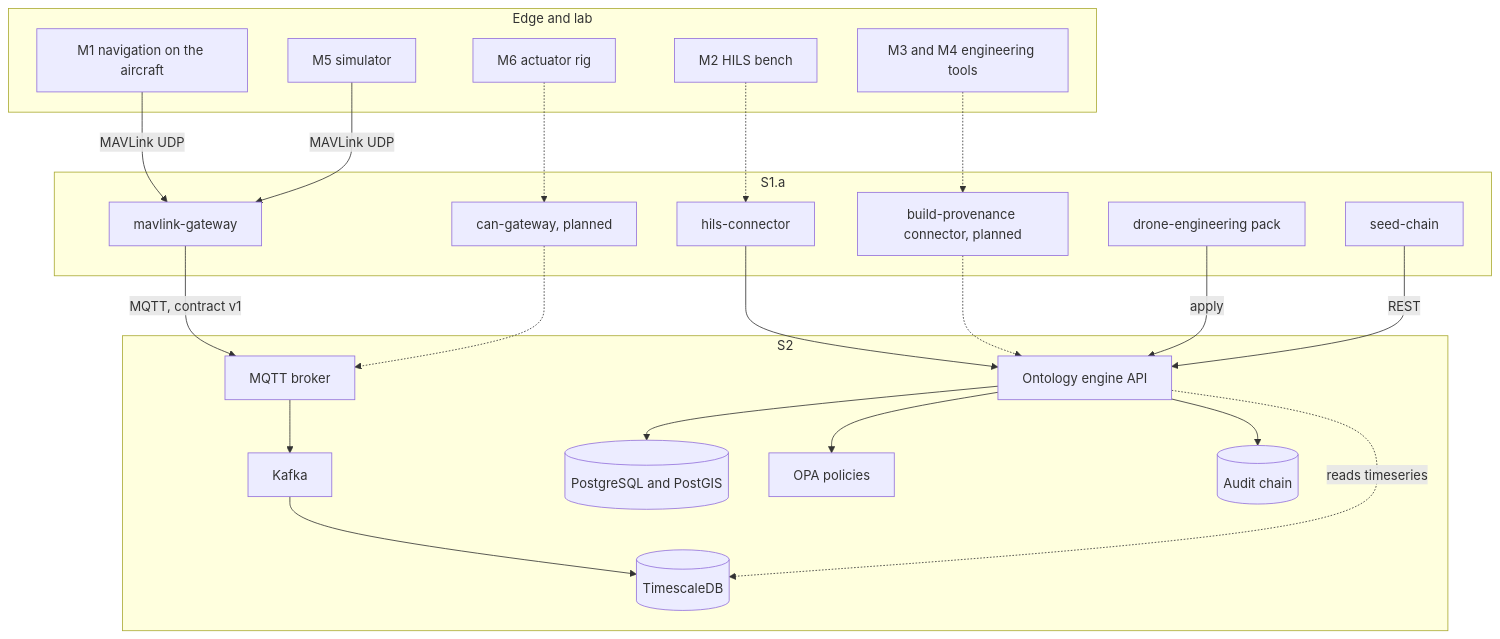
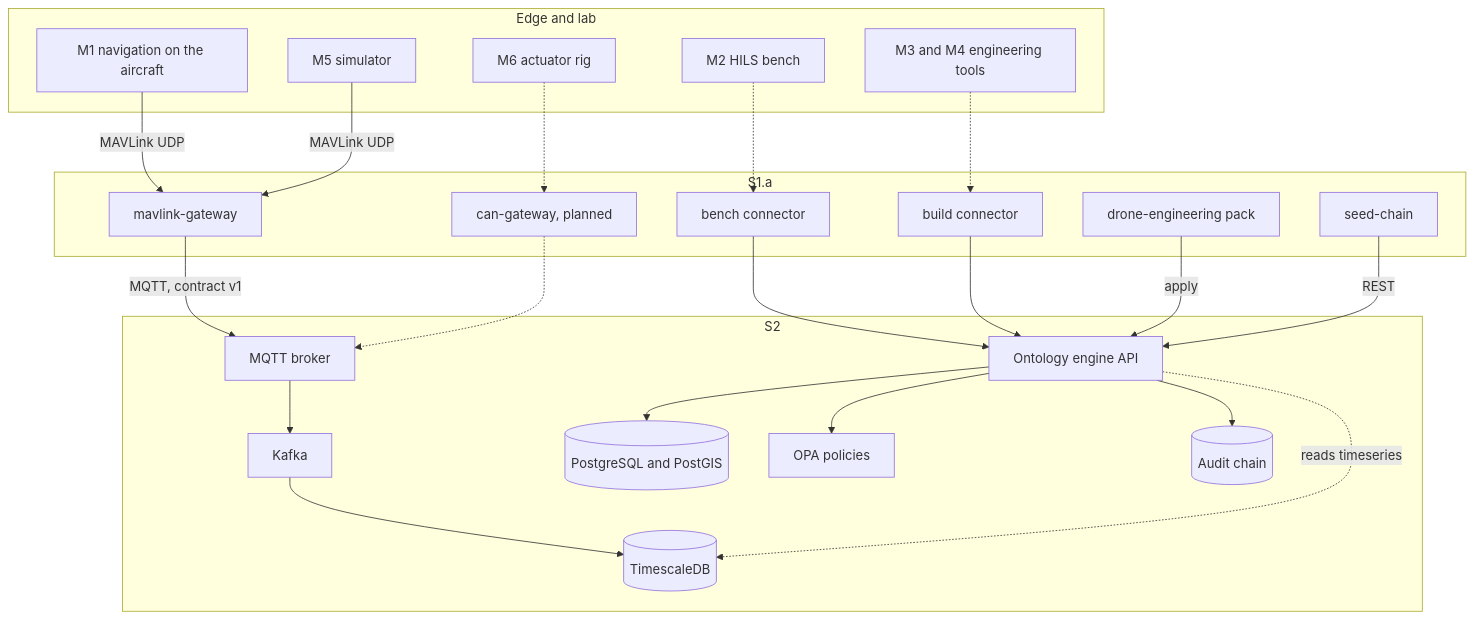
Before and after one commit to veerendra-saraswathi/S1.a: the first of 3 diagrams in docs/architecture.md, drawn with Mermaid. The commit also changed other lines of this file and 31 other files, not shown here.

````diff
--- a/docs/architecture.md
+++ b/docs/architecture.md
@@ -22,39 +22,39 @@
 ```mermaid
 flowchart TB
     subgraph Edge["Edge and lab"]
         M1[M1 navigation on the aircraft]
         M2[M2 HILS bench]
         M6[M6 actuator rig]
         M5[M5 simulator]
         M34[M3 and M4 engineering tools]
     end
     subgraph S1a["S1.a"]
         GW[mavlink-gateway]
-        HC[hils-connector]
+        HC[bench connector]
         CC[can-gateway, planned]
-        BC[build-provenance connector, planned]
+        BC[build connector]
         PACK[drone-engineering pack]
         SEED[seed-chain]
     end
     subgraph S2["S2"]
         MQ[MQTT broker]
         K[Kafka]
         TSDB[(TimescaleDB)]
         ENG[Ontology engine API]
         PG[(PostgreSQL and PostGIS)]
         OPA[OPA policies]
         AUD[(Audit chain)]
     end
     M1 -- MAVLink UDP --> GW
     M5 -- MAVLink UDP --> GW
     GW -- MQTT, contract v1 --> MQ --> K --> TSDB
     M2 -.-> HC --> ENG
     M6 -.-> CC -.-> MQ
-    M34 -.-> BC -.-> ENG
+    M34 -.-> BC --> ENG
     PACK -- apply --> ENG
     SEED -- REST --> ENG
     ENG --> PG
     ENG --> OPA
     ENG --> AUD
     ENG -. reads timeseries .-> TSDB
 ```
````
